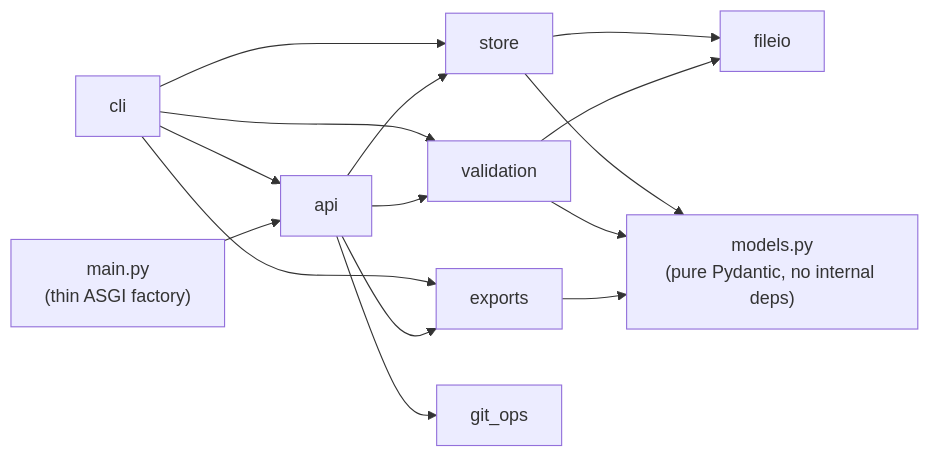
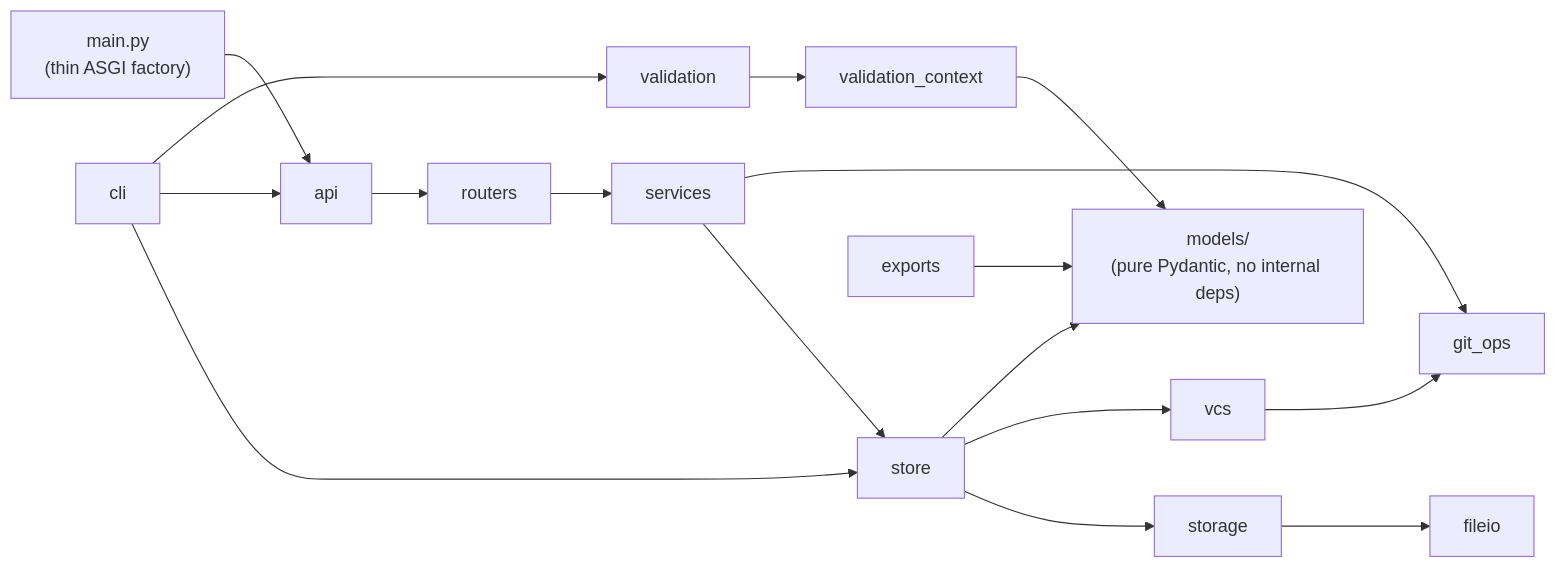
The second of 8 diagrams in docs/ARCHITECTURE.md (markbac/reqtool), drawn with Mermaid before and after one commit. The commit also changed other lines of this file and 152 other files, not shown here.

First line of the commit message:
Layered architecture (ARC-02..06), service layer, test tiers (QA-01), docs

````diff
--- a/docs/ARCHITECTURE.md
+++ b/docs/ARCHITECTURE.md
@@ -61,20 +78,22 @@
 ```mermaid
 graph LR
     cli --> store
     cli --> api
     cli --> validation
-    cli --> exports
-    api --> store
-    api --> validation
-    api --> exports
-    api --> git_ops
-    store --> fileio
+    api --> routers
+    routers --> services
+    services --> store
+    services --> git_ops
+    store --> storage
+    store --> vcs
     store --> models
-    validation --> fileio
-    validation --> models
+    storage --> fileio
+    vcs --> git_ops
+    validation --> validation_context
+    validation_context --> models
     exports --> models
     main --> api
 
-    models["models.py<br/>(pure Pydantic, no internal deps)"]
+    models["models/<br/>(pure Pydantic, no internal deps)"]
     main["main.py<br/>(thin ASGI factory)"]
 ```
````
